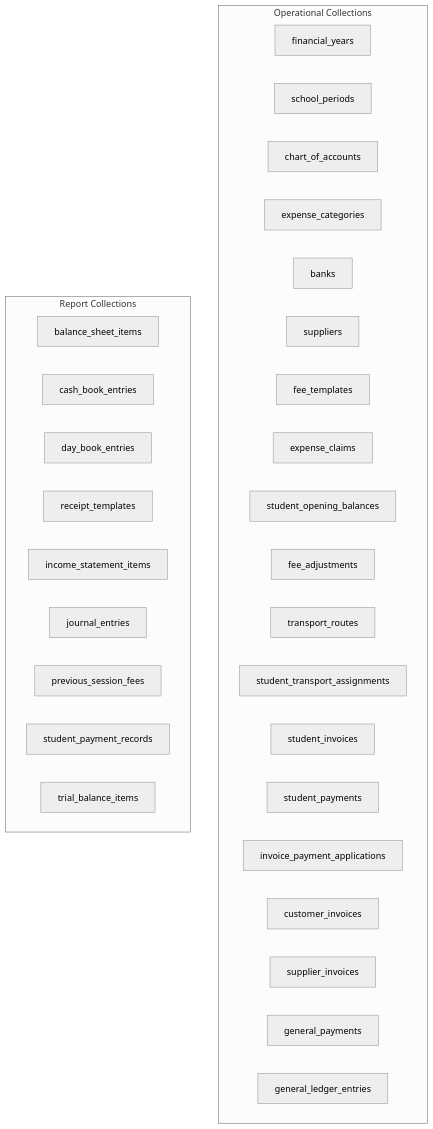
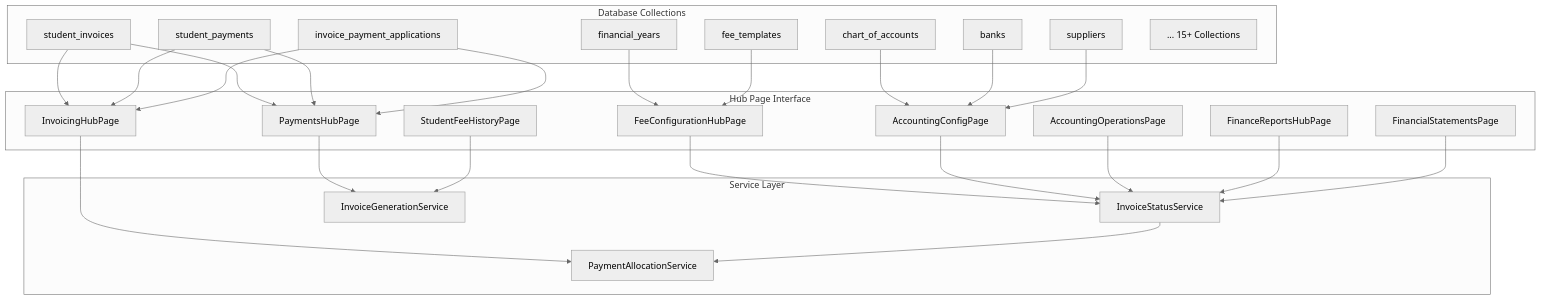
Before and after one commit to geniusdynamics/schoolpilot: diagram 20 of 20 in .qoder/repowiki/en/content/Modules System/Finance Module.md, drawn with Mermaid (neutral theme). The commit also changed other lines of this file and 311 other files, not shown here.

````diff
--- a/.qoder/repowiki/en/content/Modules System/Finance Module.md
+++ b/.qoder/repowiki/en/content/Modules System/Finance Module.md
@@ -663,35 +559,49 @@
 ```mermaid
 graph TB
-subgraph "Operational Collections"
+subgraph "Database Collections"
 FC["financial_years"]
-SC["school_periods"]
-CCO["chart_of_accounts"]
-EC["expense_categories"]
-B["banks"]
-S["suppliers"]
-FT["fee_templates"]
-E["expense_claims"]
-SOB["student_opening_balances"]
-FA["fee_adjustments"]
-TR["transport_routes"]
-STA["student_transport_assignments"]
-SI["student_invoices"]
-SP["student_payments"]
-IPA["invoice_payment_applications"]
-CI["customer_invoices"]
-SI2["supplier_invoices"]
-GP["general_payments"]
-GLE["general_ledger_entries"]
+COA["chart_of_accounts"]
+BANKS["banks"]
+SUPPLIERS["suppliers"]
+FEETEMPLATES["fee_templates"]
+STUDENTINVOICES["student_invoices"]
+STUDENTPAYMENTS["student_payments"]
+INVOICEPAYMENTS["invoice_payment_applications"]
+END["... 15+ Collections"]
 end
-subgraph "Report Collections"
-BS["balance_sheet_items"]
-CB["cash_book_entries"]
-DBE["day_book_entries"]
-RT["receipt_templates"]
-IS["income_statement_items"]
-JE["journal_entries"]
-PSF["previous_session_fees"]
-SPR["student_payment_records"]
-TBI["trial_balance_items"]
+subgraph "Service Layer"
+ISS["InvoiceStatusService"]
+IGS["InvoiceGenerationService"]
+PAS["PaymentAllocationService"]
 end
+subgraph "Hub Page Interface"
+FCH["FeeConfigurationHubPage"]
+ACH["AccountingConfigPage"]
+AOP["AccountingOperationsPage"]
+FRH["FinanceReportsHubPage"]
+FSP["FinancialStatementsPage"]
+PHP["PaymentsHubPage"]
+SFH["StudentFeeHistoryPage"]
+IH["InvoicingHubPage"]
+end
+FC --> FCH
+COA --> ACH
+BANKS --> ACH
+SUPPLIERS --> ACH
+FEETEMPLATES --> FCH
+STUDENTINVOICES --> PHP
+STUDENTPAYMENTS --> PHP
+INVOICEPAYMENTS --> PHP
+STUDENTINVOICES --> IH
+STUDENTPAYMENTS --> IH
+INVOICEPAYMENTS --> IH
+FCH --> ISS
+ACH --> ISS
+AOP --> ISS
+FRH --> ISS
+FSP --> ISS
+PHP --> IGS
+SFH --> IGS
+IH --> PAS
+ISS --> PAS
 ```
````
